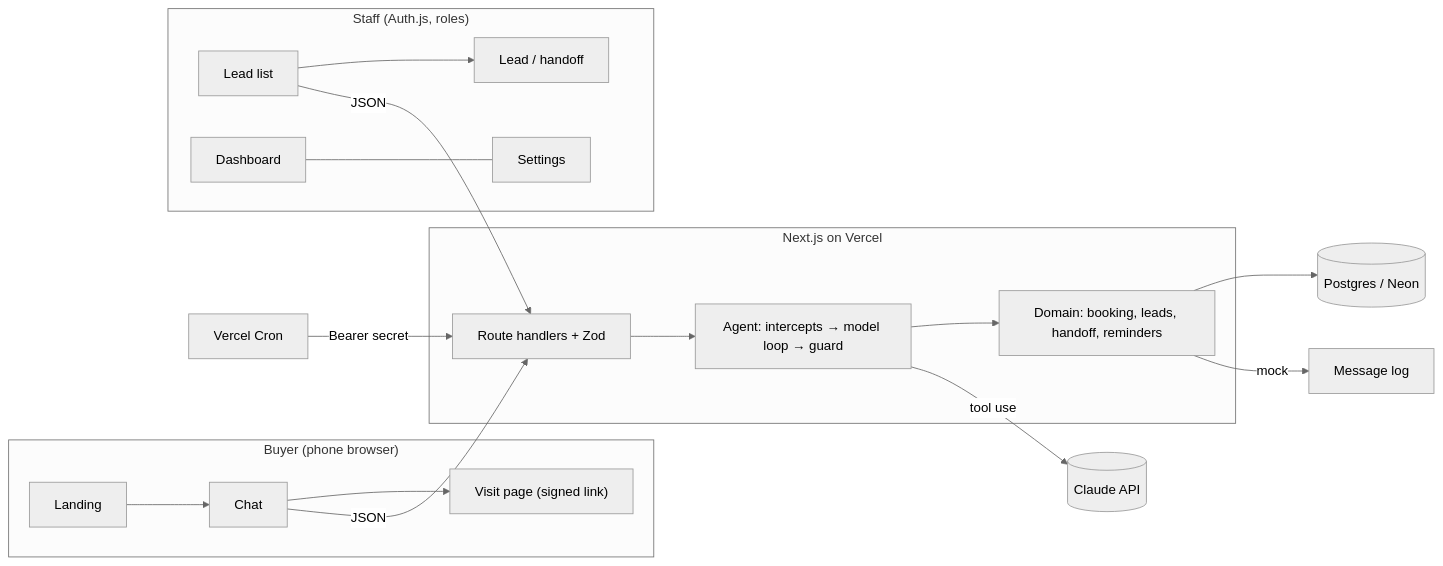
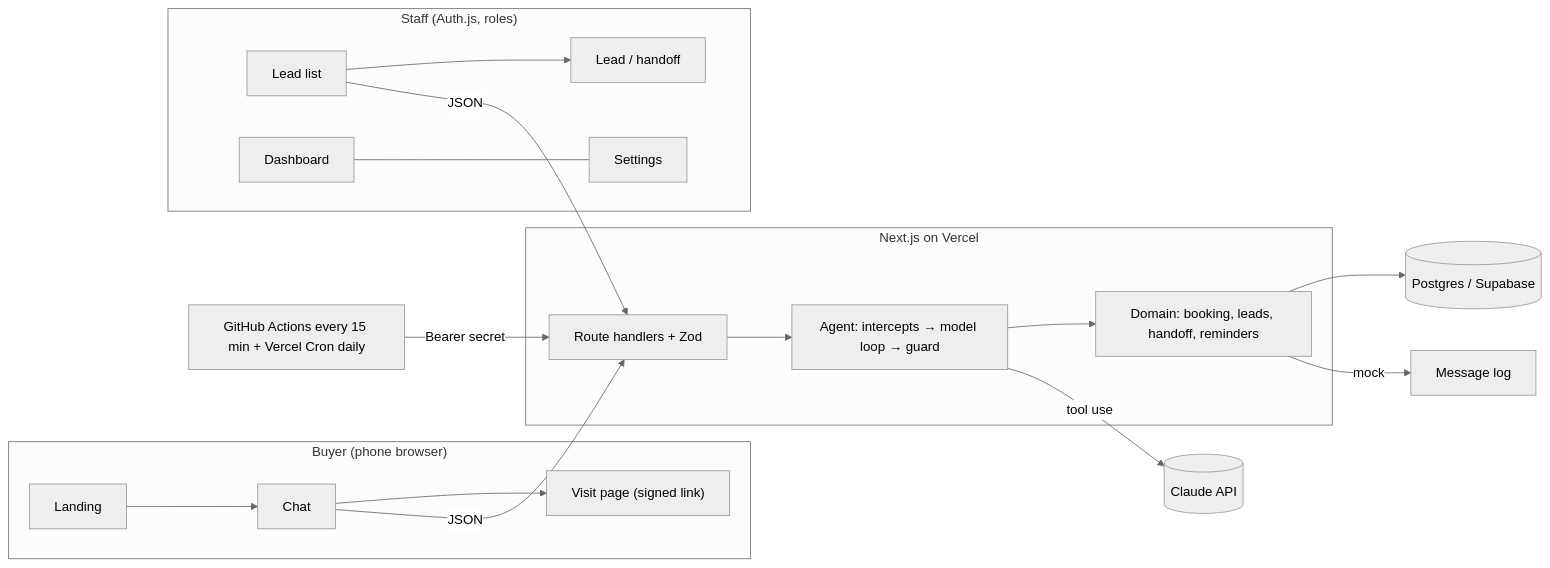
One commit to Arpan7125/site-visit-assistant changed the first of 4 diagrams in docs/TDD.md. Above: the diagram before and after it, drawn with Mermaid (neutral theme). The commit also changed other lines of this file and 2 other files, not shown here.

Commit message:
docs: live links, Supabase hosting and GitHub Actions reminder schedule

````diff
--- a/docs/TDD.md
+++ b/docs/TDD.md
@@ -52,23 +52,23 @@
 ```mermaid
 flowchart LR
   subgraph Buyer["Buyer (phone browser)"]
     L[Landing] --> C[Chat]
     C --> V["Visit page (signed link)"]
   end
   subgraph Staff["Staff (Auth.js, roles)"]
     LL[Lead list] --> LD[Lead / handoff]
     DB2[Dashboard] --- S[Settings]
   end
   subgraph App["Next.js on Vercel"]
     API[Route handlers + Zod]
     AG["Agent: intercepts → model loop → guard"]
     DOM["Domain: booking, leads, handoff, reminders"]
   end
   C -- JSON --> API
   LL -- JSON --> API
   API --> AG --> DOM
   AG -- tool use --> CL[(Claude API)]
-  DOM --> PG[(Postgres / Neon)]
-  CRON[Vercel Cron] -- Bearer secret --> API
+  DOM --> PG[(Postgres / Supabase)]
+  CRON[GitHub Actions every 15 min + Vercel Cron daily] -- Bearer secret --> API
   DOM -- mock --> LOG[Message log]
 ```
````
